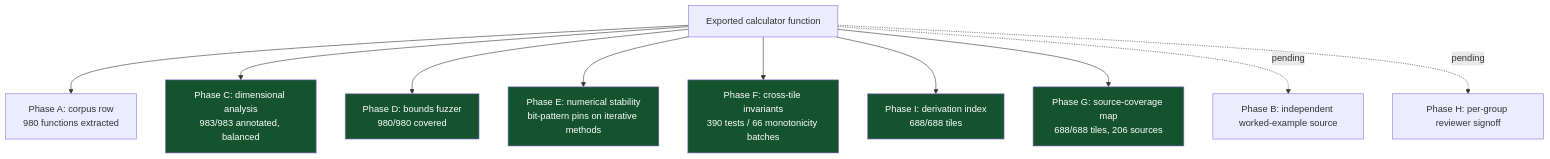
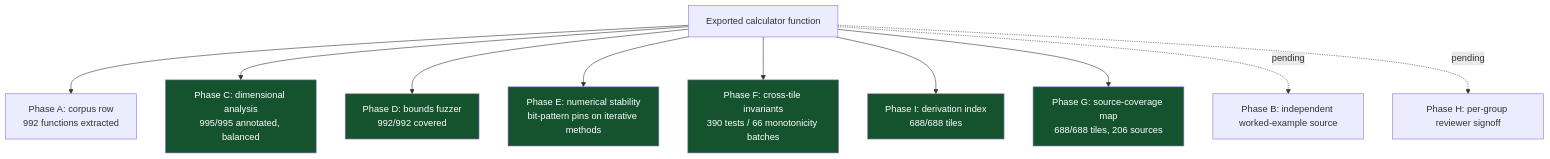
One commit to clay-good/roughlogic.com changed the sixth of 8 diagrams in README.md. Above: the diagram before and after it, drawn with Mermaid. The commit also changed other lines of this file and 1 other file, not shown here.

````diff
--- a/README.md
+++ b/README.md
@@ -470,18 +470,18 @@
 ```mermaid
 flowchart TB
-    F[Exported calculator function] --> A[Phase A: corpus row\n980 functions extracted]
-    F --> C[Phase C: dimensional analysis\n983/983 annotated, balanced]
-    F --> D[Phase D: bounds fuzzer\n980/980 covered]
+    F[Exported calculator function] --> A[Phase A: corpus row\n992 functions extracted]
+    F --> C[Phase C: dimensional analysis\n995/995 annotated, balanced]
+    F --> D[Phase D: bounds fuzzer\n992/992 covered]
     F --> E[Phase E: numerical stability\nbit-pattern pins on iterative methods]
     F --> Fa[Phase F: cross-tile invariants\n390 tests / 66 monotonicity batches]
     F --> I[Phase I: derivation index\n688/688 tiles]
     F --> G[Phase G: source-coverage map\n688/688 tiles, 206 sources]
     F -.pending.-> B[Phase B: independent worked-example source]
     F -.pending.-> H[Phase H: per-group reviewer signoff]
     style C fill:#14532d,color:#fff
     style D fill:#14532d,color:#fff
     style E fill:#14532d,color:#fff
     style Fa fill:#14532d,color:#fff
     style G fill:#14532d,color:#fff
     style I fill:#14532d,color:#fff
 ```
````
